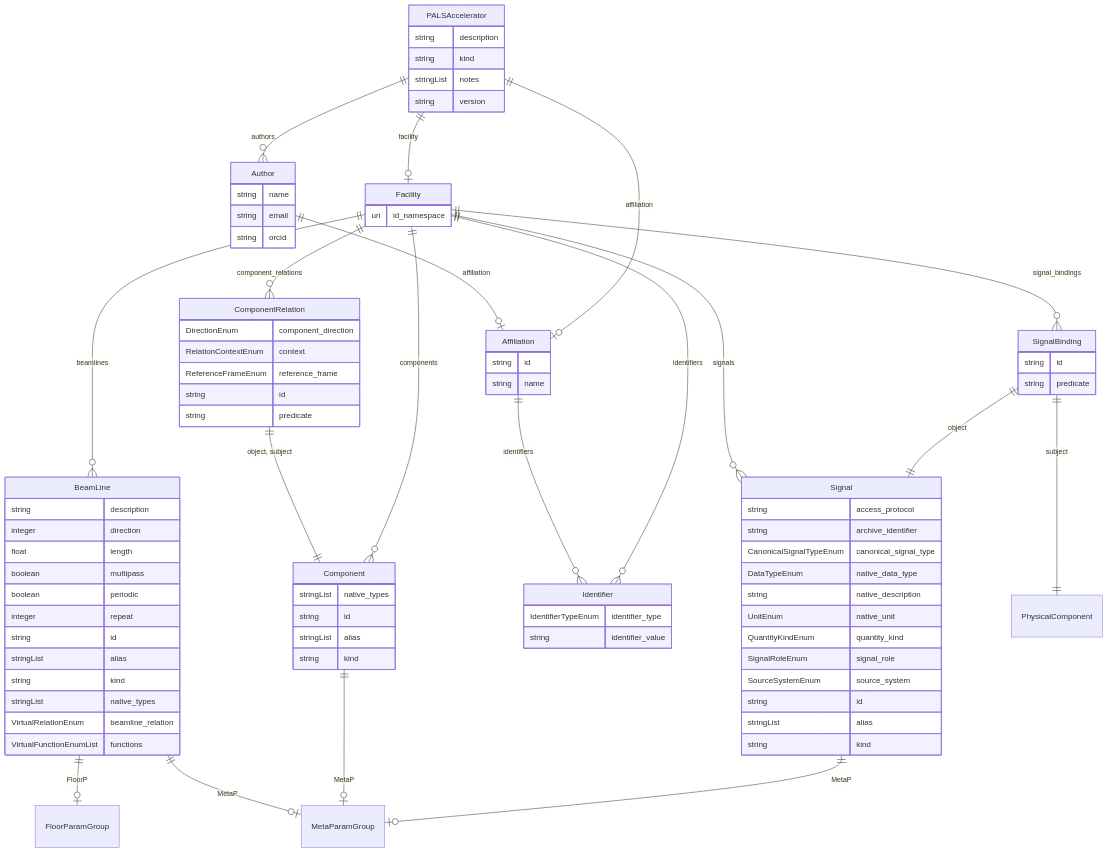
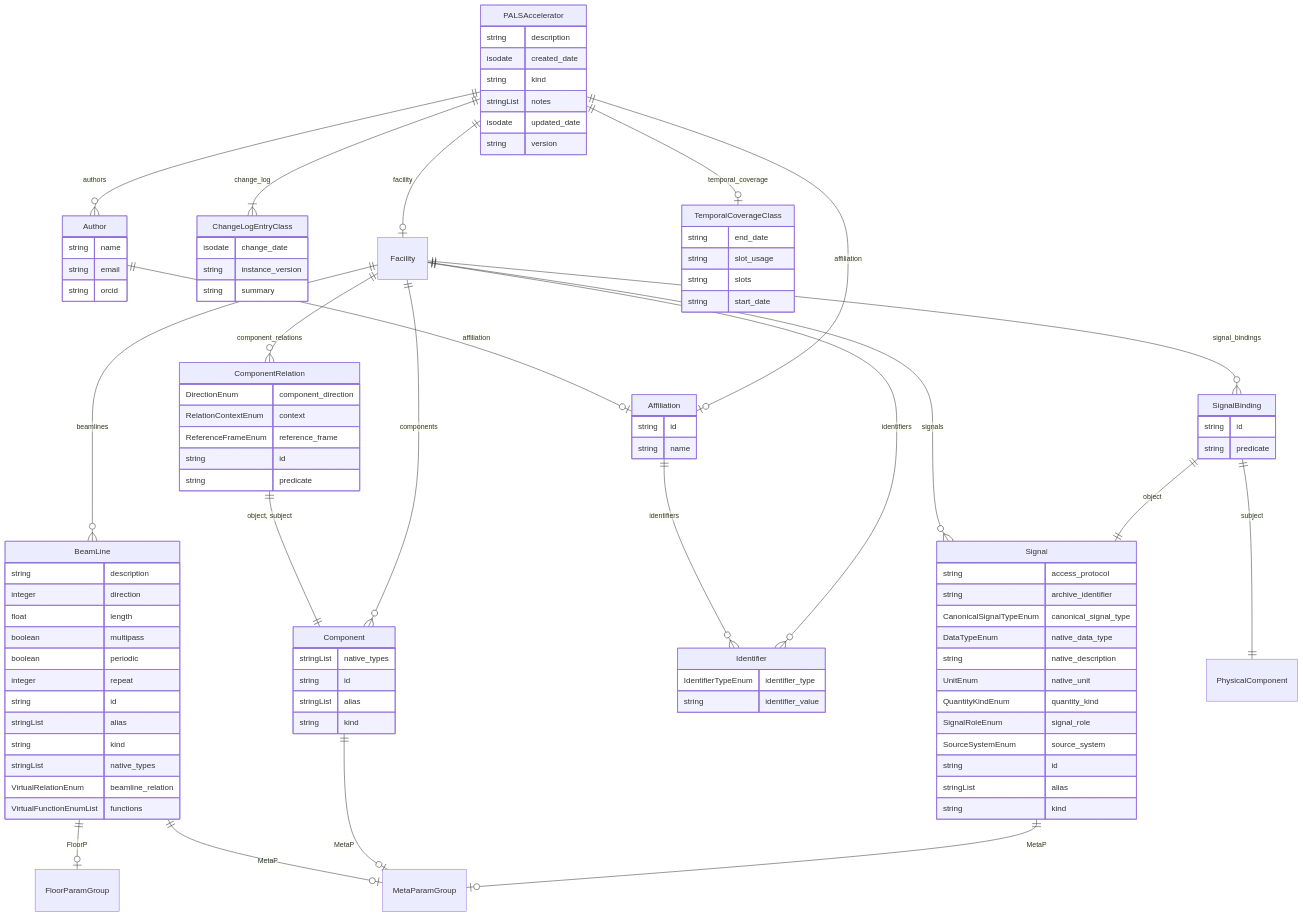
One commit to pals-project/pals-facility-config changed the diagram in docs/elements/classes/PALSAccelerator.md. Above: the diagram before and after it, drawn with Mermaid. The commit also changed other lines of this file and 281 other files, not shown here.

```diff
--- a/docs/elements/classes/PALSAccelerator.md
+++ b/docs/elements/classes/PALSAccelerator.md
@@ -37,6 +37,11 @@
     VirtualRelationEnum beamline_relation  
     VirtualFunctionEnumList functions  
 }
+ChangeLogEntryClass {
+    isodate change_date  
+    string instance_version  
+    string summary  
+}
 Component {
     stringList native_types  
     string id  
@@ -51,7 +56,7 @@
     string predicate  
 }
 Facility {
-    uri id_namespace  
+
 }
 Identifier {
     IdentifierTypeEnum identifier_type  
@@ -59,8 +64,10 @@
 }
 PALSAccelerator {
     string description  
+    isodate created_date  
     string kind  
     stringList notes  
+    isodate updated_date  
     string version  
 }
 Signal {
@@ -81,6 +88,12 @@
     string id  
     string predicate  
 }
+TemporalCoverageClass {
+    string end_date  
+    string slot_usage  
+    string slots  
+    string start_date  
+}
 
 Affiliation ||--}o Identifier : "identifiers"
 Author ||--|o Affiliation : "affiliation"
@@ -96,7 +109,9 @@
 Facility ||--}o SignalBinding : "signal_bindings"
 PALSAccelerator ||--|o Affiliation : "affiliation"
 PALSAccelerator ||--|o Facility : "facility"
+PALSAccelerator ||--|o TemporalCoverageClass : "temporal_coverage"
 PALSAccelerator ||--}o Author : "authors"
+PALSAccelerator ||--}| ChangeLogEntryClass : "change_log"
 Signal ||--|o MetaParamGroup : "MetaP"
 SignalBinding ||--|| PhysicalComponent : "subject"
 SignalBinding ||--|| Signal : "object"
```
